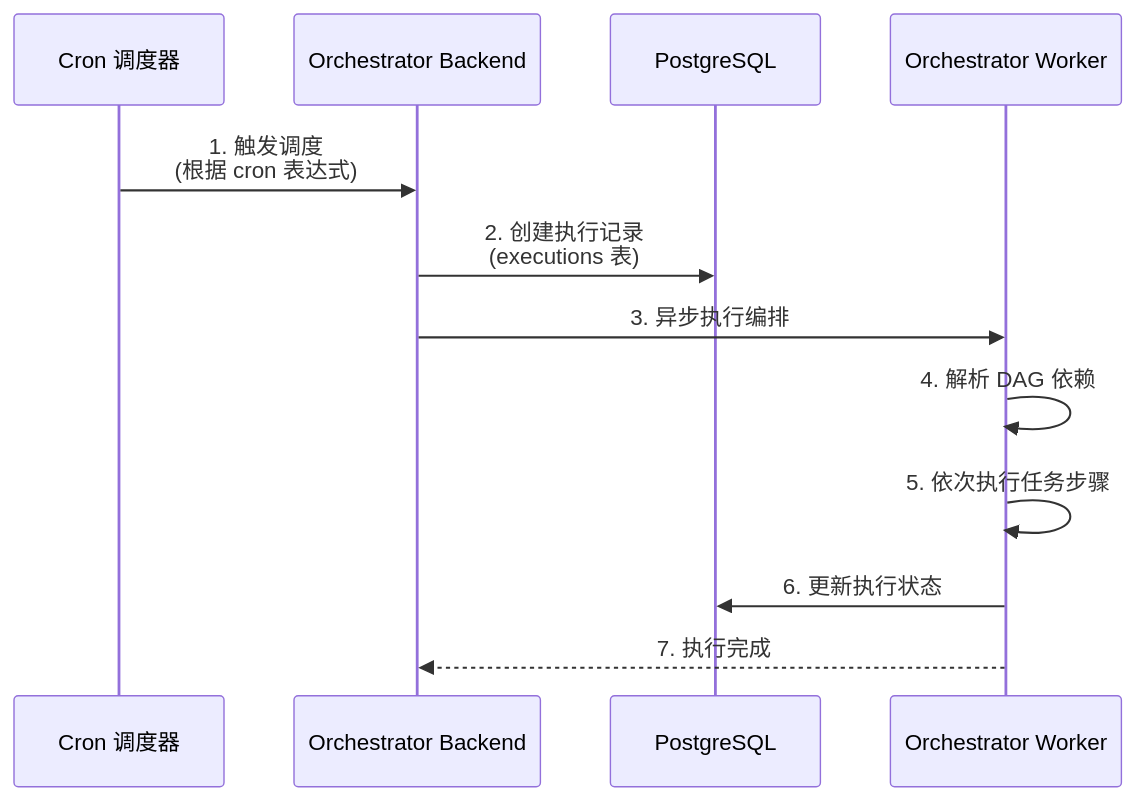
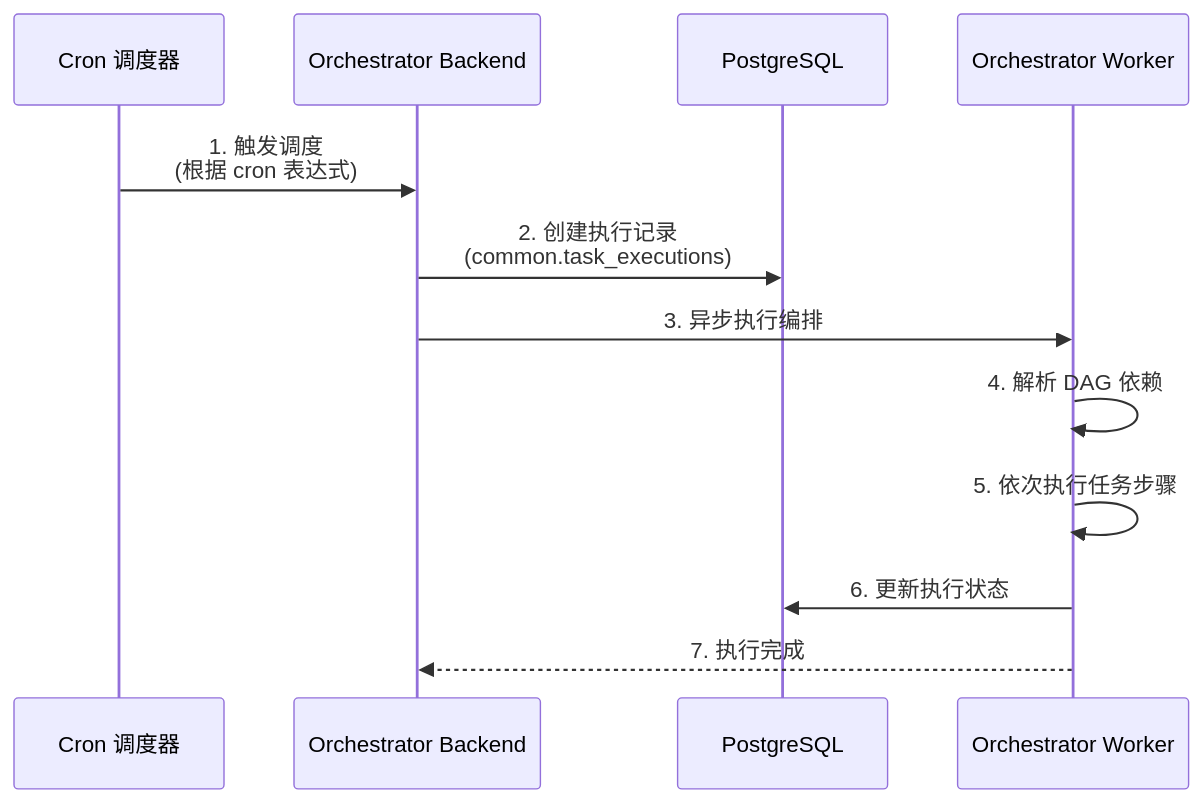
One commit to pampa0629/addp changed the sixth of 6 diagrams in docs/concepts/addp任务编排体系图.md. Above: the diagram before and after it, drawn with Mermaid. The commit also changed 75 other files, not shown here.

````diff
--- a/docs/concepts/addp任务编排体系图.md
+++ b/docs/concepts/addp任务编排体系图.md
@@ -341,15 +341,15 @@
 ```mermaid
 sequenceDiagram
     participant Cron as Cron 调度器
     participant Orchestrator as Orchestrator Backend
     participant DB as PostgreSQL
     participant Worker as Orchestrator Worker
 
     Cron->>Orchestrator: 1. 触发调度<br/>(根据 cron 表达式)
-    Orchestrator->>DB: 2. 创建执行记录<br/>(executions 表)
+    Orchestrator->>DB: 2. 创建执行记录<br/>(common.task_executions)
     Orchestrator->>Worker: 3. 异步执行编排
     Worker->>Worker: 4. 解析 DAG 依赖
     Worker->>Worker: 5. 依次执行任务步骤
     Worker->>DB: 6. 更新执行状态
     Worker-->>Orchestrator: 7. 执行完成
 ```
````
